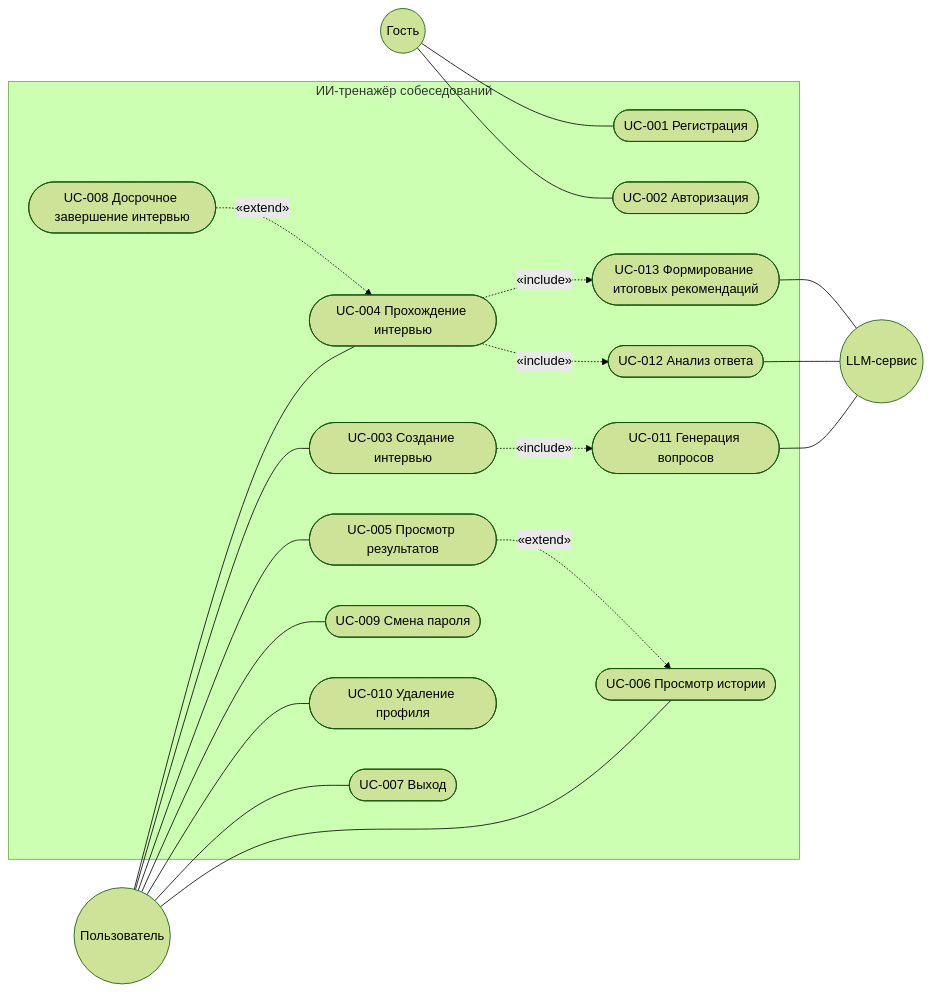
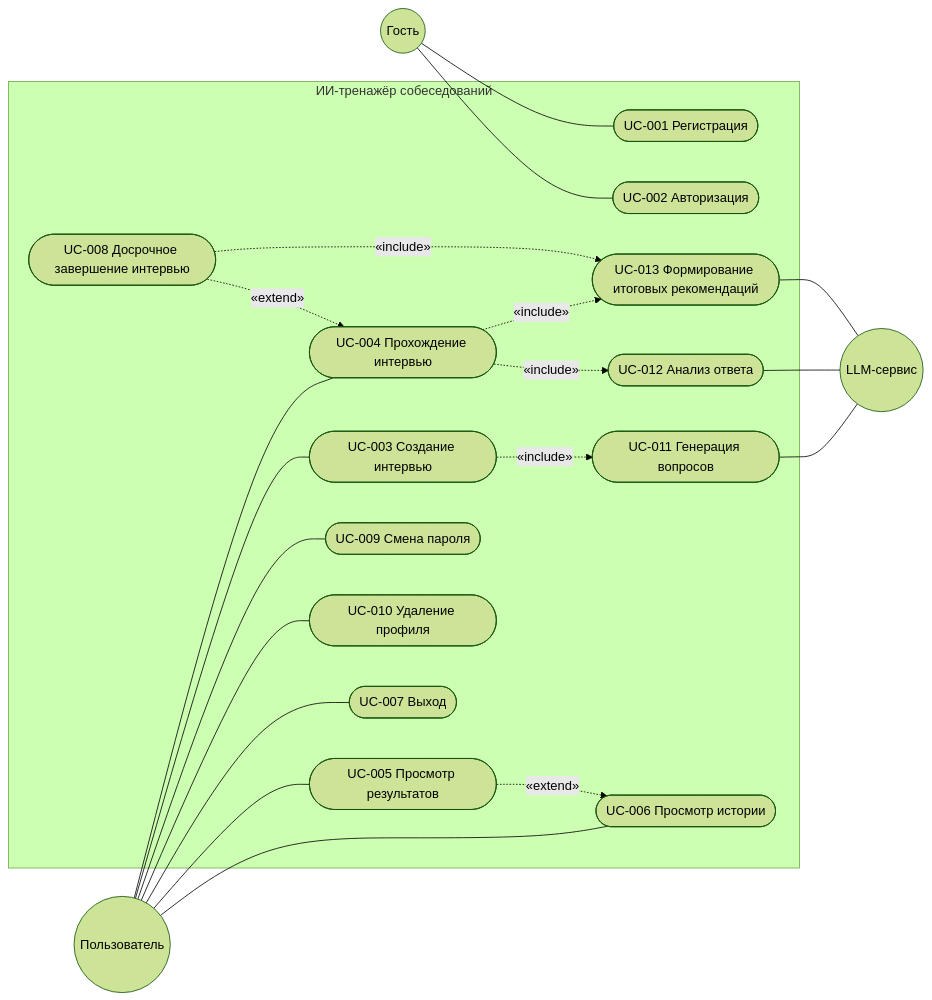
One commit to interview-trainer-team/AI-interview-simulator changed the diagram in docs/use-cases.md. Above: the diagram before and after it, drawn with Mermaid (forest theme). The commit also changed other lines of this file and 2 other files, not shown here.

````diff
--- a/docs/use-cases.md
+++ b/docs/use-cases.md
@@ -13,42 +13,43 @@
 ```mermaid
 flowchart LR
     guest(("Гость"))
     user(("Пользователь"))
     llm(("LLM-сервис"))
 
     subgraph sys["ИИ-тренажёр собеседований"]
         UC001(["UC-001 Регистрация"])
         UC002(["UC-002 Авторизация"])
         UC003(["UC-003 Создание интервью"])
         UC011(["UC-011 Генерация вопросов"])
         UC004(["UC-004 Прохождение интервью"])
         UC012(["UC-012 Анализ ответа"])
         UC013(["UC-013 Формирование итоговых рекомендаций"])
         UC008(["UC-008 Досрочное завершение интервью"])
         UC006(["UC-006 Просмотр истории"])
         UC005(["UC-005 Просмотр результатов"])
         UC009(["UC-009 Смена пароля"])
         UC010(["UC-010 Удаление профиля"])
         UC007(["UC-007 Выход"])
     end
 
     guest --- UC001
     guest --- UC002
     user --- UC003
     user --- UC004
     user --- UC006
     user --- UC005
     user --- UC009
     user --- UC010
     user --- UC007
 
     UC003 -. "«include»" .-> UC011
     UC004 -. "«include»" .-> UC012
     UC004 -. "«include»" .-> UC013
+    UC008 -. "«include»" .-> UC013
     UC008 -. "«extend»" .-> UC004
     UC005 -. "«extend»" .-> UC006
 
     UC011 --- llm
     UC012 --- llm
     UC013 --- llm
 ```
````
